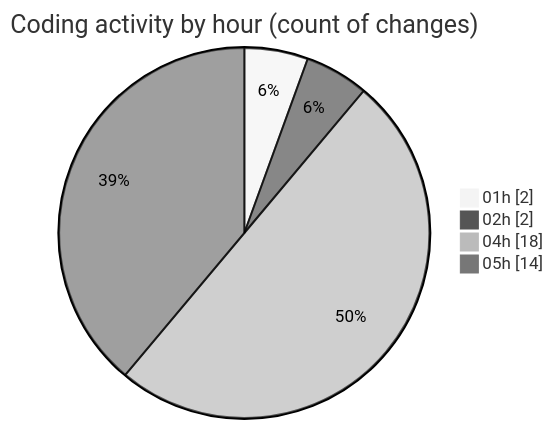
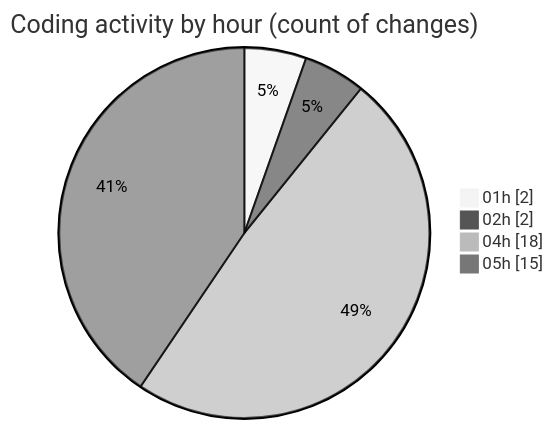
The second of 2 diagrams in 2026-02-05/singularitybrainai/README.md (tmsrecording-cyber/code-tracking), drawn with Mermaid (neutral theme) before and after one commit. The commit also changed other lines of this file and 1 other file, not shown here.

````diff
--- a/2026-02-05/singularitybrainai/README.md
+++ b/2026-02-05/singularitybrainai/README.md
@@ -30,8 +31,8 @@
 ```mermaid
 pie showData
 title Coding activity by hour (count of changes)
 "01h" : 2
 "02h" : 2
 "04h" : 18
-"05h" : 14
+"05h" : 15
 ```
````
